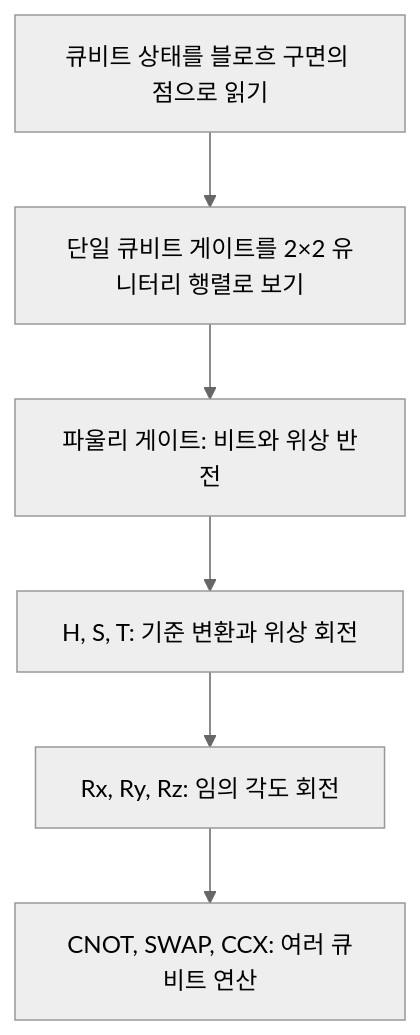
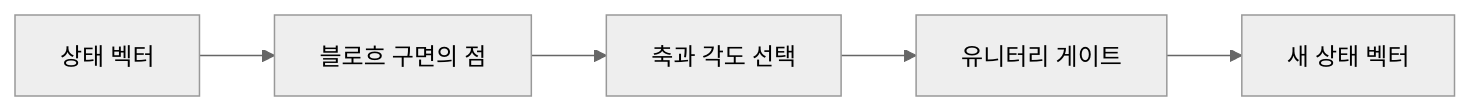
Before and after one commit to umyunsang/edu: the diagram in ComputerScience/03_ai-ml-data/quantum-lecture/notes/01. 양자 기초 게이트 설명.md, drawn with Mermaid (neutral theme). The commit also changed other lines of this file, not shown here.

Commit message:
Auto-save: Updated ComputerScience/03_ai-ml-data/quantum-lecture/notes/01. 양자 기초 게이트 설명.md

````diff
--- a/ComputerScience/03_ai-ml-data/quantum-lecture/notes/01. 양자 기초 게이트 설명.md
+++ b/ComputerScience/03_ai-ml-data/quantum-lecture/notes/01. 양자 기초 게이트 설명.md
@@ -27,8 +25,7 @@
 ```mermaid
-flowchart TD
-    A["큐비트 상태를 블로흐 구면의 점으로 읽기"] --> B["단일 큐비트 게이트를 2×2 유니터리 행렬로 보기"]
-    B --> C["파울리 게이트: 비트와 위상 반전"]
-    C --> D["H, S, T: 기준 변환과 위상 회전"]
-    D --> E["Rx, Ry, Rz: 임의 각도 회전"]
-    E --> F["CNOT, SWAP, CCX: 여러 큐비트 연산"]
+flowchart LR
+    S["상태 벡터"] --> B["블로흐 구면의 점"]
+    B --> A["축과 각도 선택"]
+    A --> U["유니터리 게이트"]
+    U --> N["새 상태 벡터"]
 ```
````
